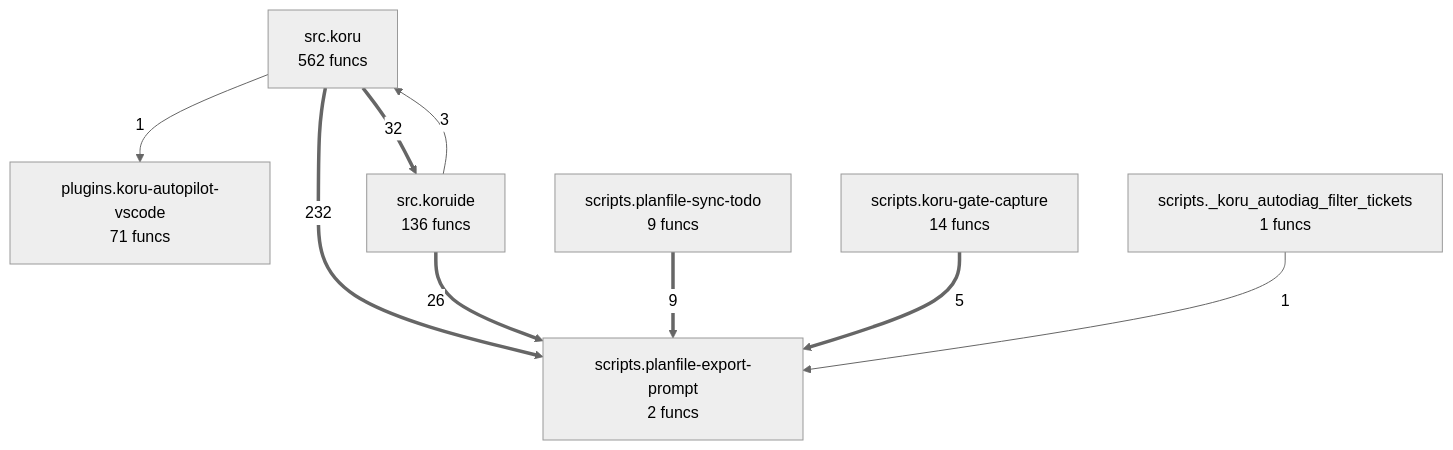
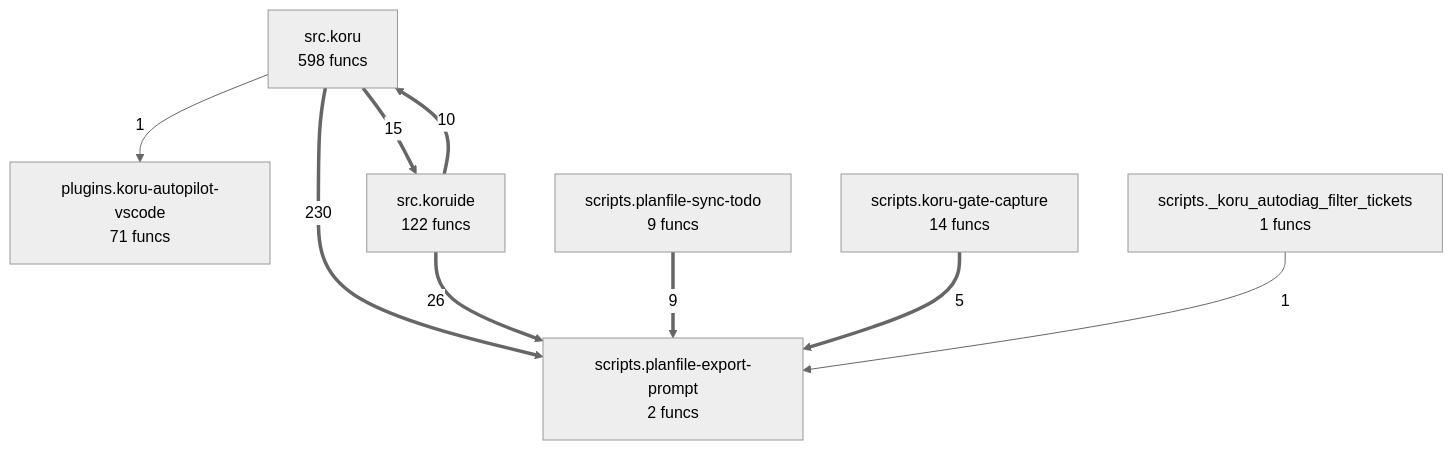
One commit to semcod/koru changed the diagram in project/compact_flow.mmd. Above: the diagram before and after it, drawn with Mermaid (neutral theme). The commit also changed 107 other files, not shown here.

```diff
--- a/project/compact_flow.mmd
+++ b/project/compact_flow.mmd
@@ -1,17 +1,17 @@
 flowchart TD
 %% generated in 0.02s
     plugins__koru_autopilot_vscode["plugins.koru-autopilot-vscode<br/>71 funcs"]
     scripts___koru_autodiag_filter_tickets["scripts._koru_autodiag_filter_tickets<br/>1 funcs"]
     scripts__koru_gate_capture["scripts.koru-gate-capture<br/>14 funcs"]
     scripts__planfile_export_prompt["scripts.planfile-export-prompt<br/>2 funcs"]
     scripts__planfile_sync_todo["scripts.planfile-sync-todo<br/>9 funcs"]
-    src__koru["src.koru<br/>562 funcs"]
-    src__koruide["src.koruide<br/>136 funcs"]
-    src__koru ==>|232| scripts__planfile_export_prompt
-    src__koru ==>|32| src__koruide
+    src__koru["src.koru<br/>598 funcs"]
+    src__koruide["src.koruide<br/>122 funcs"]
+    src__koru ==>|230| scripts__planfile_export_prompt
     src__koruide ==>|26| scripts__planfile_export_prompt
+    src__koru ==>|15| src__koruide
+    src__koruide ==>|10| src__koru
     scripts__planfile_sync_todo ==>|9| scripts__planfile_export_prompt
     scripts__koru_gate_capture ==>|5| scripts__planfile_export_prompt
-    src__koruide -->|3| src__koru
     src__koru -->|1| plugins__koru_autopilot_vscode
     scripts___koru_autodiag_filter_tickets -->|1| scripts__planfile_export_prompt
```
